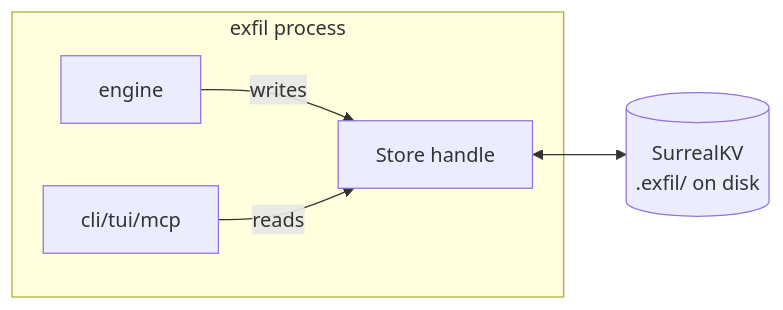
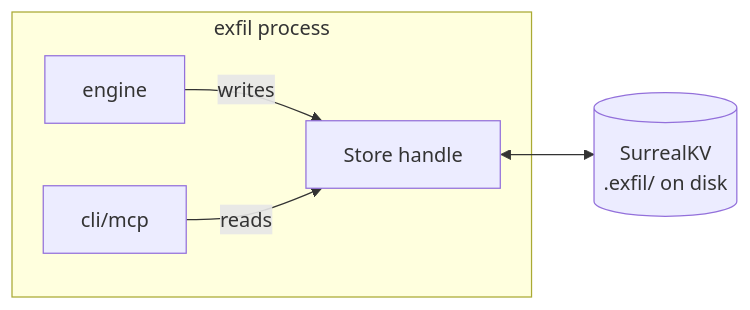
The first of 5 diagrams in docs/src/architecture/store.md (rangertaha/exfil), drawn with Mermaid before and after one commit. The commit also changed other lines of this file and 38 other files, not shown here.

````diff
--- a/docs/src/architecture/store.md
+++ b/docs/src/architecture/store.md
@@ -28,8 +28,8 @@
 ```mermaid
 flowchart LR
     subgraph APP["exfil process"]
         ENG[engine] -->|writes| ST[Store handle]
-        CLI[cli/tui/mcp] -->|reads| ST
+        CLI[cli/mcp] -->|reads| ST
     end
     ST <--> KV[("SurrealKV<br/>.exfil/ on disk")]
 ```
````
